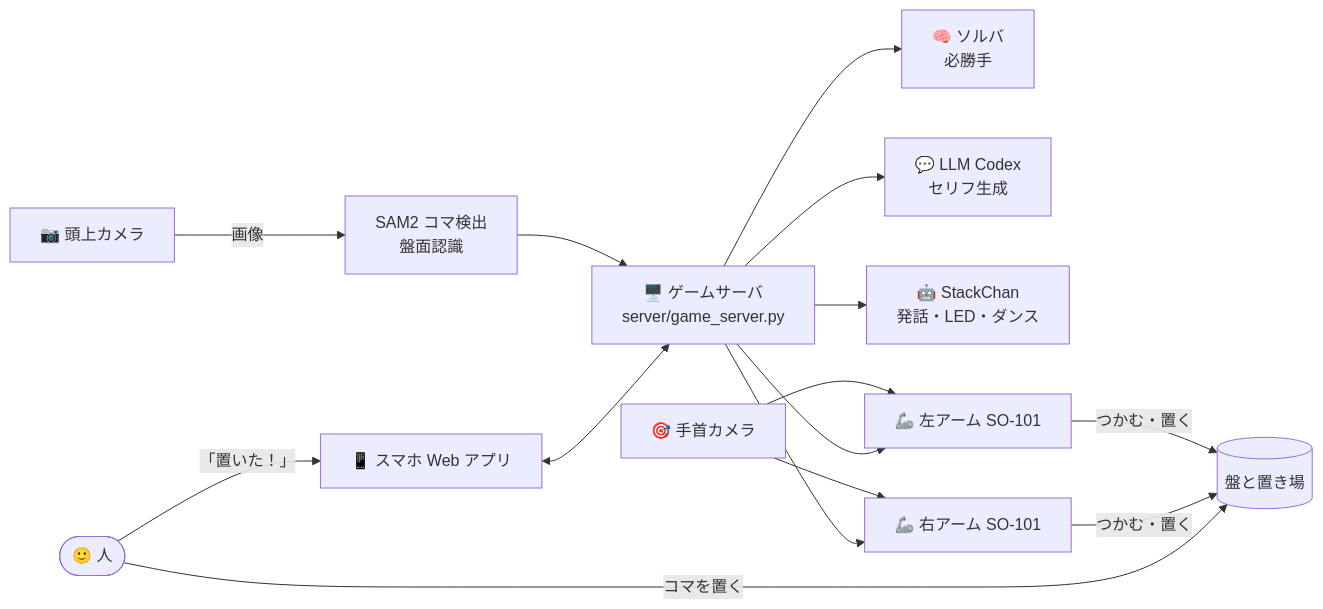
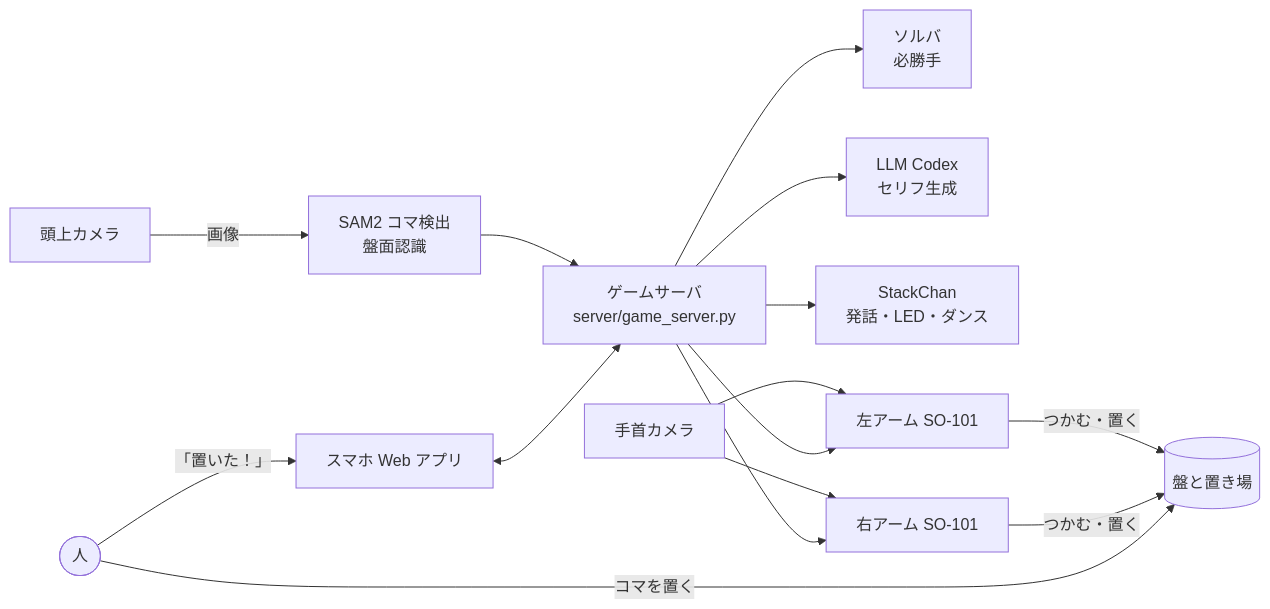
The first of 3 diagrams in README.md (tktm8/pai-final-tiramisu), drawn with Mermaid before and after one commit. The commit also changed other lines of this file, not shown here.

````diff
--- a/README.md
+++ b/README.md
@@ -26,17 +26,17 @@
 ```mermaid
 flowchart LR
-    H([🙂 人]) -- コマを置く --> B[(盤と置き場)]
-    H -- 「置いた！」 --> W[📱 スマホ Web アプリ]
-    W <--> S[🖥️ ゲームサーバ<br/>server/game_server.py]
-    TC[📷 頭上カメラ] -- 画像 --> P[SAM2 コマ検出<br/>盤面認識]
+    H([人]) -- コマを置く --> B[(盤と置き場)]
+    H -- 「置いた！」 --> W[スマホ Web アプリ]
+    W <--> S[ゲームサーバ<br/>server/game_server.py]
+    TC[頭上カメラ] -- 画像 --> P[SAM2 コマ検出<br/>盤面認識]
     P --> S
-    S --> SV[🧠 ソルバ<br/>必勝手]
-    S --> L[💬 LLM Codex<br/>セリフ生成]
-    S --> SC[🤖 StackChan<br/>発話・LED・ダンス]
-    S --> R[🦾 右アーム SO-101]
-    S --> LA[🦾 左アーム SO-101]
-    WC[🎯 手首カメラ] --> R
+    S --> SV[ソルバ<br/>必勝手]
+    S --> L[LLM Codex<br/>セリフ生成]
+    S --> SC[StackChan<br/>発話・LED・ダンス]
+    S --> R[右アーム SO-101]
+    S --> LA[左アーム SO-101]
+    WC[手首カメラ] --> R
     WC --> LA
     R -- つかむ・置く --> B
     LA -- つかむ・置く --> B
 ```
````
